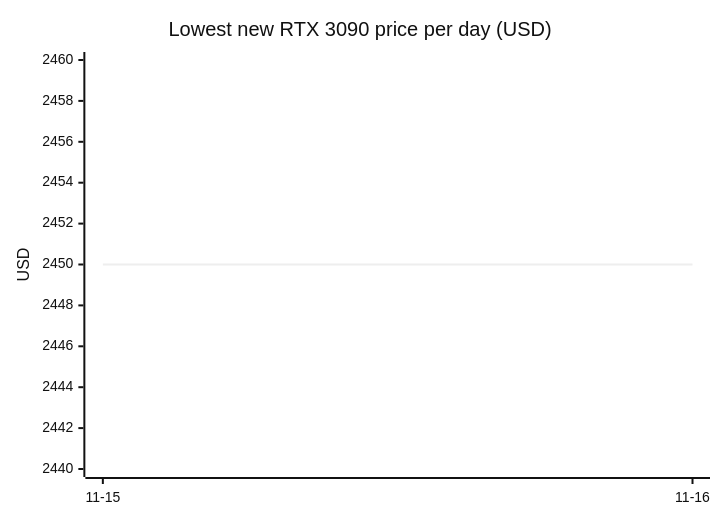
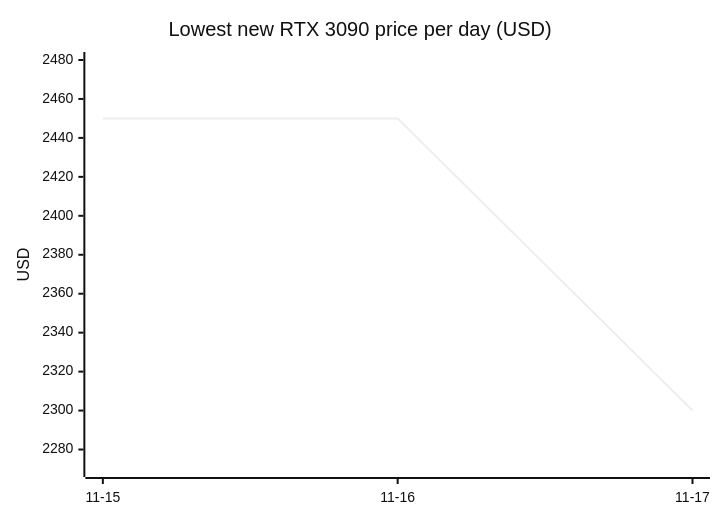
The ninth of 18 diagrams in README.md (7324136828/4tb_ssd_price_watch), drawn with Mermaid (neutral theme) before and after one commit. The commit also changed other lines of this file, not shown here.

````diff
--- a/README.md
+++ b/README.md
@@ -437,7 +451,7 @@
 ```mermaid
 xychart-beta
     title "Lowest new RTX 3090 price per day (USD)"
-    x-axis ["11-15", "11-16"]
-    y-axis "USD" 2440 --> 2460
-    line [2450.00, 2450.00]
+    x-axis ["11-15", "11-16", "11-17"]
+    y-axis "USD" 2270 --> 2480
+    line [2450.00, 2450.00, 2300.00]
 ```
````
